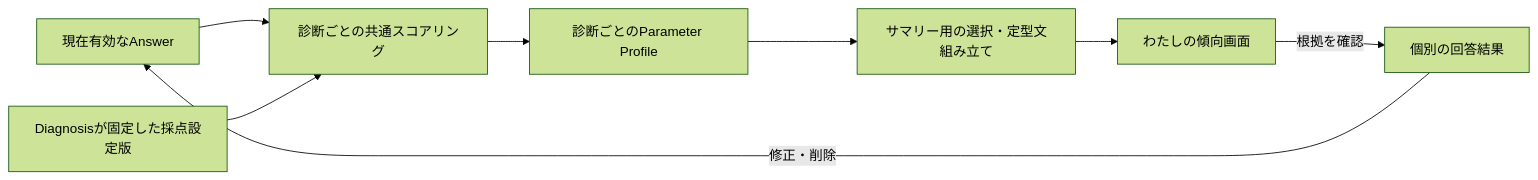
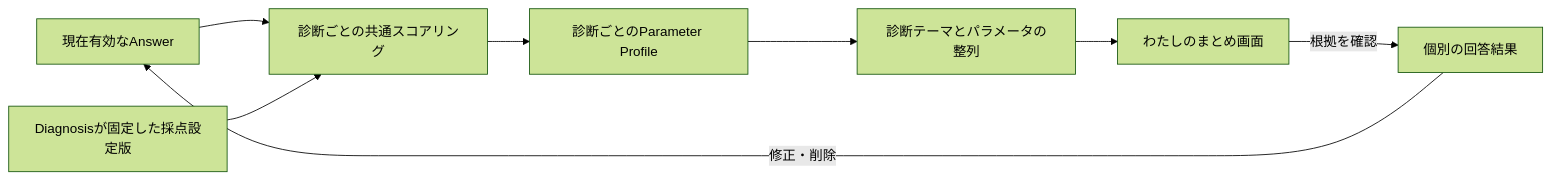
One commit to kkyosuke/me-builder changed the second of 3 diagrams in docs/product/profile-summary-experience.md. Above: the diagram before and after it, drawn with Mermaid (forest theme). The commit also changed other lines of this file and 9 other files, not shown here.

````diff
--- a/docs/product/profile-summary-experience.md
+++ b/docs/product/profile-summary-experience.md
@@ -208,10 +191,10 @@
 ```mermaid
 flowchart LR
     A[現在有効なAnswer] --> S[診断ごとの共通スコアリング]
     C[Diagnosisが固定した採点設定版] --> S
     S --> P[診断ごとのParameter Profile]
-    P --> V[サマリー用の選択・定型文組み立て]
-    V --> U[わたしの傾向画面]
+    P --> V[診断テーマとパラメータの整列]
+    V --> U[わたしのまとめ画面]
     U -->|根拠を確認| R[個別の回答結果]
     R -->|修正・削除| A
 ```
````
